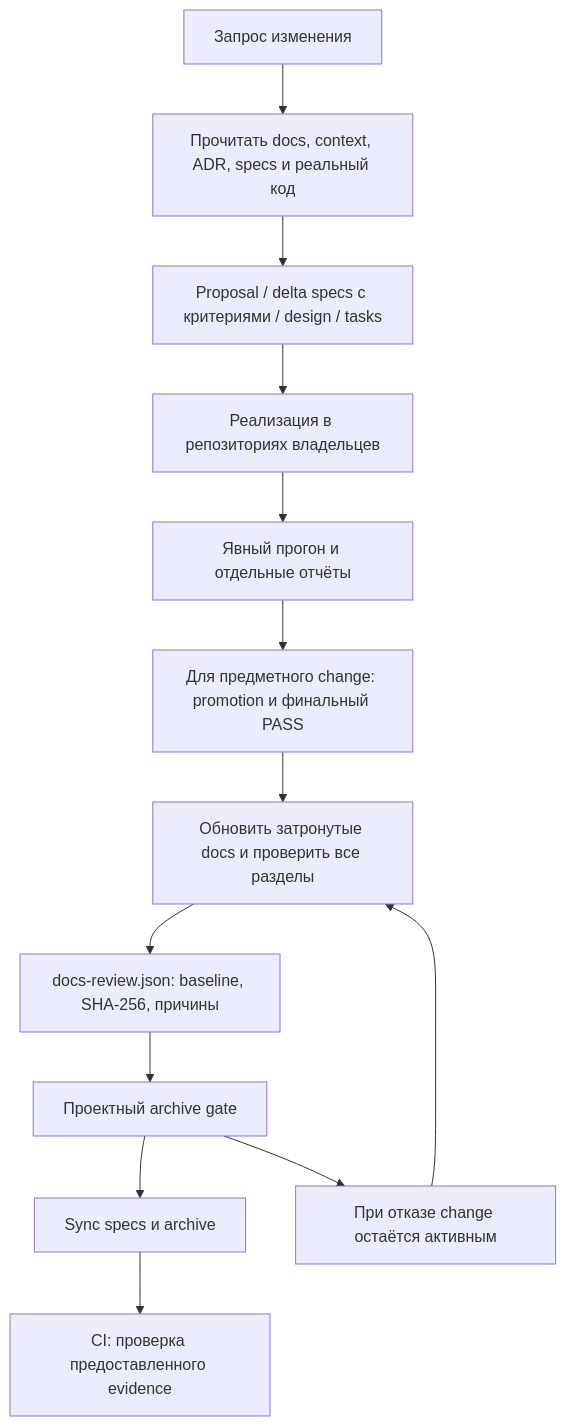
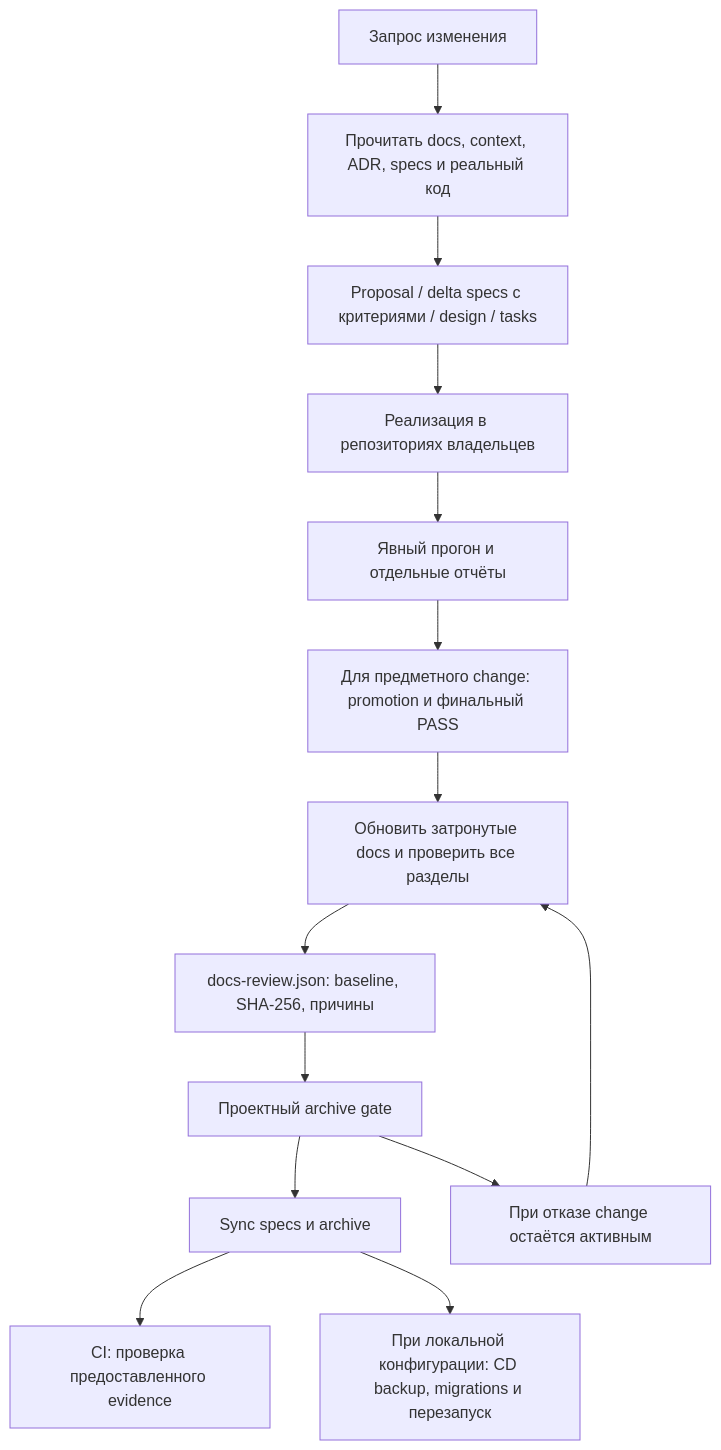
Before and after one commit to TamarixS/tamarix-specs: the diagram in docs/development.md, drawn with Mermaid. The commit also changed other lines of this file and 9 other files, not shown here.

````diff
--- a/docs/development.md
+++ b/docs/development.md
@@ -18,15 +18,16 @@
 ```mermaid
 flowchart TD
     Start["Запрос изменения"] --> Read["Прочитать docs, context, ADR, specs и реальный код"]
     Read --> Plan["Proposal / delta specs с критериями / design / tasks"]
     Plan --> Implement["Реализация в репозиториях владельцев"]
     Implement --> Test["Явный прогон и отдельные отчёты"]
     Test --> Promote["Для предметного change: promotion и финальный PASS"]
     Promote --> Docs["Обновить затронутые docs и проверить все разделы"]
     Docs --> Review["docs-review.json: baseline, SHA-256, причины"]
     Review --> Gate["Проектный archive gate"]
     Gate --> Archive["Sync specs и archive"]
     Archive --> CI["CI: проверка предоставленного evidence"]
+    Archive --> Rollout["При локальной конфигурации: CD backup, migrations и перезапуск"]
     Gate --> Fix["При отказе change остаётся активным"]
     Fix --> Docs
 ```
````
